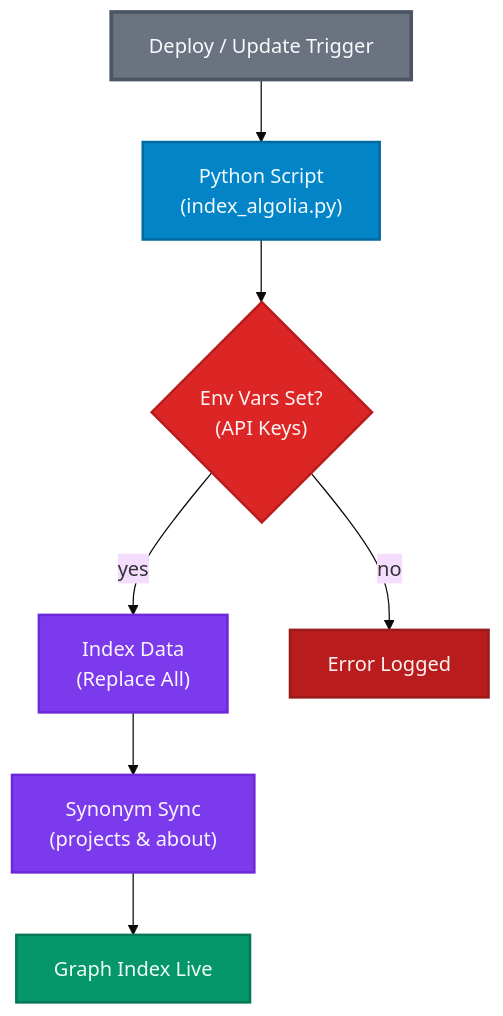
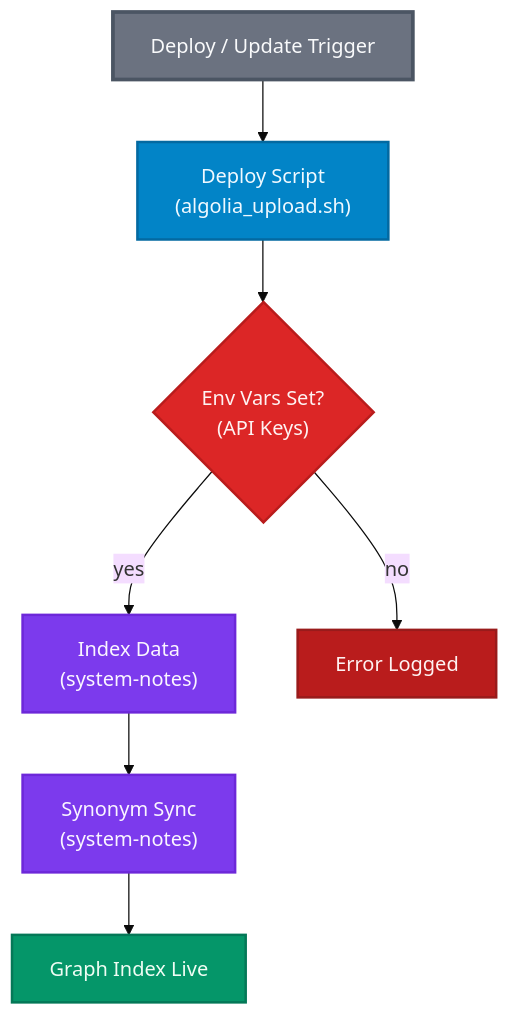
The diagram in apps/api/algolia/diagrams/upload-workflow.md (anchildress1/system-notes), drawn with Mermaid (base theme) before and after one commit. The commit also changed 4 other files, not shown here.

First line of the commit message:
docs: update algolia docs, prompt, and project data

````diff
--- a/apps/api/algolia/diagrams/upload-workflow.md
+++ b/apps/api/algolia/diagrams/upload-workflow.md
@@ -6,36 +6,36 @@
 ```mermaid
 graph TD
     accTitle: Algolia Upload Workflow
     accDescr: The automated workflow using the Python indexing script
 
     Trigger["Deploy / Update Trigger"]:::trigger
 
     %% Script path
-    Script["Python Script<br/>(index_algolia.py)"]:::method
+    Script["Deploy Script<br/>(algolia_upload.sh)"]:::method
 
     %% Steps
     Validation{"Env Vars Set?<br/>(API Keys)"}:::decision
-    IndexSync["Index Data<br/>(Replace All)"]:::step
-    SynonymSync["Synonym Sync<br/>(projects & about)"]:::step
+    IndexSync["Index Data<br/>(system-notes)"]:::step
+    SynonymSync["Synonym Sync<br/>(system-notes)"]:::step
 
     %% Outcomes
     Success["Graph Index Live"]:::success
     Fail["Error Logged"]:::fail
 
     %% Flow
     Trigger --> Script
     Script --> Validation
     Validation -->|yes| IndexSync
     Validation -->|no| Fail
 
     IndexSync --> SynonymSync
     SynonymSync --> Success
 
     %% Styles
     classDef trigger fill:#6b7280,stroke:#4b5563,stroke-width:3px,color:#f9fafb
     classDef method fill:#0284c7,stroke:#0369a1,stroke-width:2px,color:#f0f9ff
     classDef decision fill:#dc2626,stroke:#b91c1c,stroke-width:2px,color:#fef2f2
     classDef step fill:#7c3aed,stroke:#6d28d9,stroke-width:2px,color:#faf5ff
     classDef success fill:#059669,stroke:#047857,stroke-width:2px,color:#f0fdf4
     classDef fail fill:#b91c1c,stroke:#991b1b,stroke-width:2px,color:#fef2f2
 ```
````
